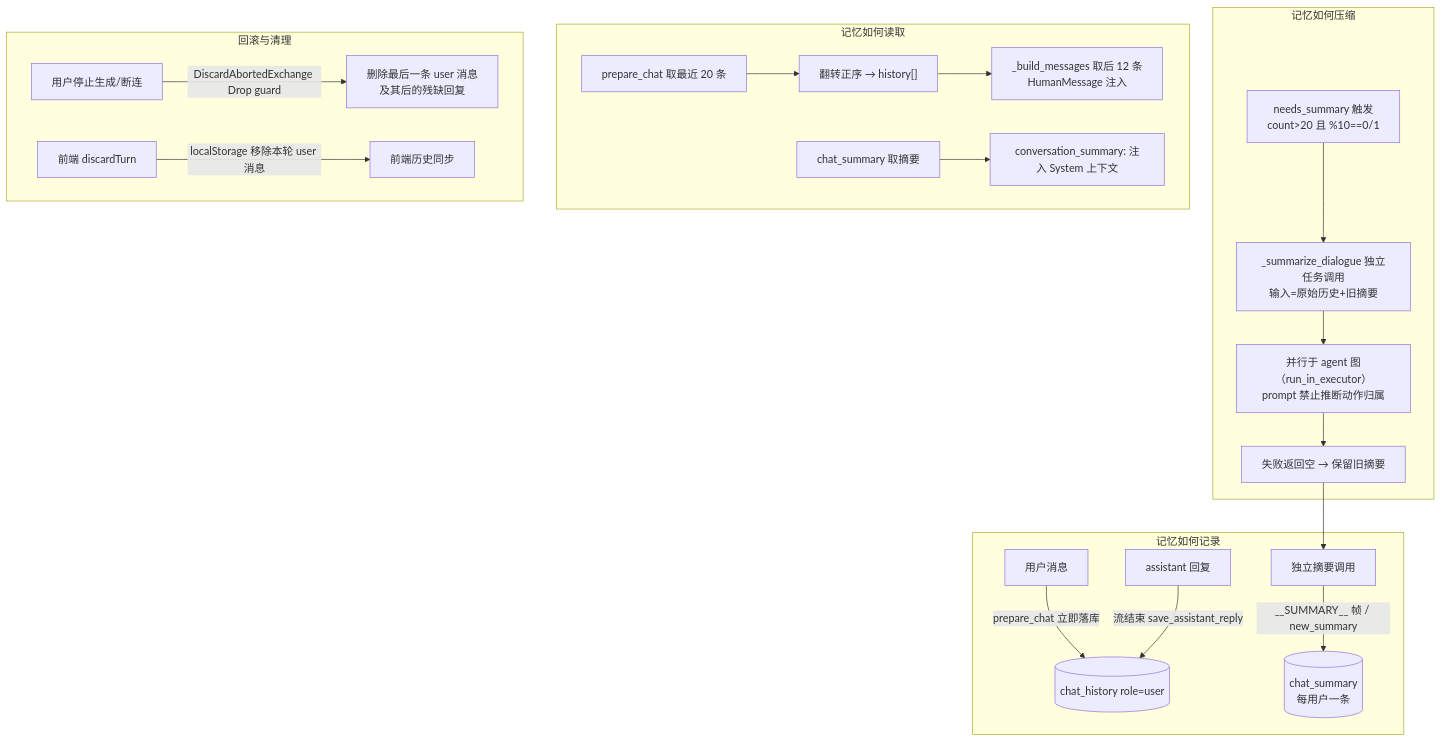
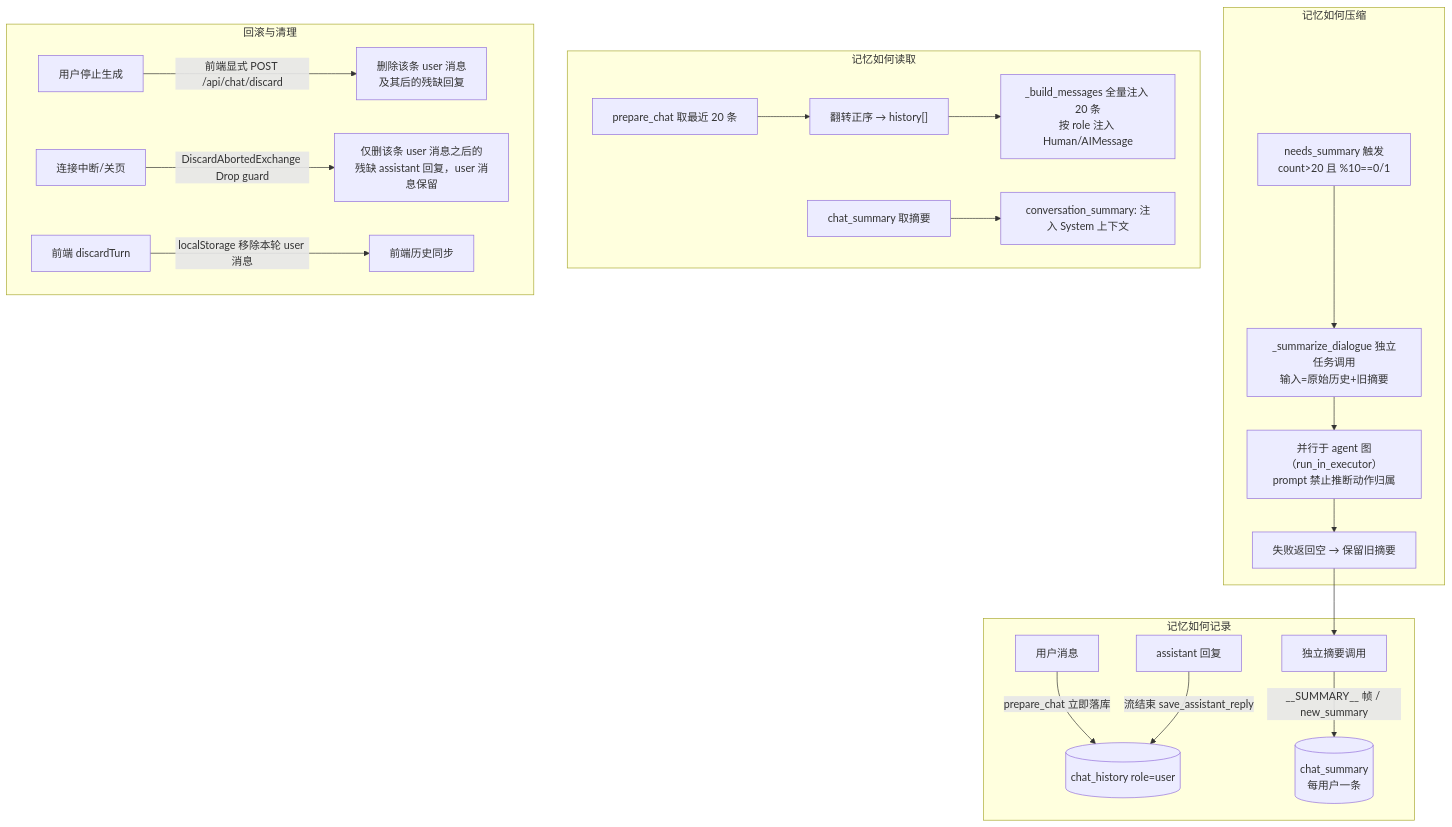
One commit to BigLeopardCat/saudade-blog-agent changed the fourth of 5 diagrams in docs/agent-architecture.md. Above: the diagram before and after it, drawn with Mermaid. The commit also changed other lines of this file and 15 other files, not shown here.

````diff
--- a/docs/agent-architecture.md
+++ b/docs/agent-architecture.md
@@ -269,23 +280,24 @@
 ```mermaid
 flowchart TB
     subgraph Write[记忆如何记录]
         W1[用户消息] -->|prepare_chat 立即落库| T1[(chat_history role=user)]
         W2[assistant 回复] -->|流结束 save_assistant_reply| T1
         W3[独立摘要调用] -->|__SUMMARY__ 帧 / new_summary| T2[(chat_summary<br/>每用户一条)]
     end
     subgraph Compress[记忆如何压缩]
         C1[needs_summary 触发<br/>count>20 且 %10==0/1] --> C2[_summarize_dialogue 独立任务调用<br/>输入=原始历史+旧摘要]
         C2 --> C3[并行于 agent 图（run_in_executor）<br/>prompt 禁止推断动作归属]
         C3 --> C4[失败返回空 → 保留旧摘要]
         C4 --> W3
     end
     subgraph Read[记忆如何读取]
         R1[prepare_chat 取最近 20 条] --> R2["翻转正序 → history[]"]
-        R2 --> R3[_build_messages 取后 12 条<br/>HumanMessage 注入]
+        R2 --> R3[_build_messages 全量注入 20 条<br/>按 role 注入 Human/AIMessage]
         R4[chat_summary 取摘要] --> R5[conversation_summary: 注入 System 上下文]
     end
     subgraph Rollback[回滚与清理]
-        D1[用户停止生成/断连] -->|DiscardAbortedExchange Drop guard| D2[删除最后一条 user 消息<br/>及其后的残缺回复]
-        D3[前端 discardTurn] -->|localStorage 移除本轮 user 消息| D4[前端历史同步]
+        D1[用户停止生成] -->|前端显式 POST /api/chat/discard| D2[删除该条 user 消息<br/>及其后的残缺回复]
+        D3[连接中断/关页] -->|DiscardAbortedExchange Drop guard| D5[仅删该条 user 消息之后的<br/>残缺 assistant 回复，user 消息保留]
+        D6[前端 discardTurn] -->|localStorage 移除本轮 user 消息| D7[前端历史同步]
     end
 ```
````
